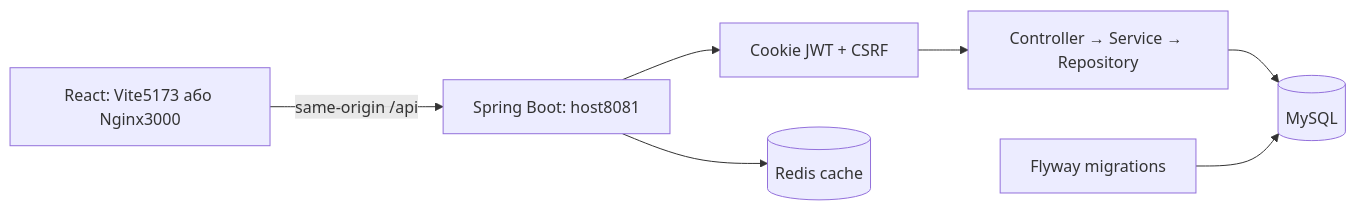
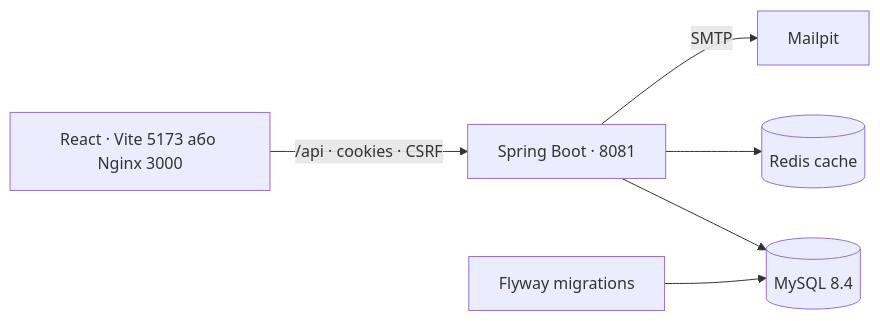
The third of 3 diagrams in README.md (anton5267/rewind-letterboxd), drawn with Mermaid before and after one commit. The commit also changed other lines of this file and 66 other files, not shown here.

Commit message:
refactor: modularize Edge API and document deployment architecture

````diff
--- a/README.md
+++ b/README.md
@@ -39,9 +45,8 @@
 ```mermaid
 flowchart LR
-    Browser[React: Vite5173 або Nginx3000] -->|same-origin /api| API[Spring Boot: host8081]
-    API --> Security[Cookie JWT + CSRF]
-    Security --> Domain[Controller → Service → Repository]
-    Domain --> MySQL[(MySQL)]
-    API --> Redis[(Redis cache)]
-    Flyway[Flyway migrations] --> MySQL
+    Browser["React · Vite 5173 або Nginx 3000"] -->|"/api · cookies · CSRF"| Spring["Spring Boot · 8081"]
+    Spring --> MySQL[("MySQL 8.4")]
+    Spring --> Redis[("Redis cache")]
+    Spring -->|"SMTP"| Mailpit["Mailpit"]
+    Flyway["Flyway migrations"] --> MySQL
 ```
````
